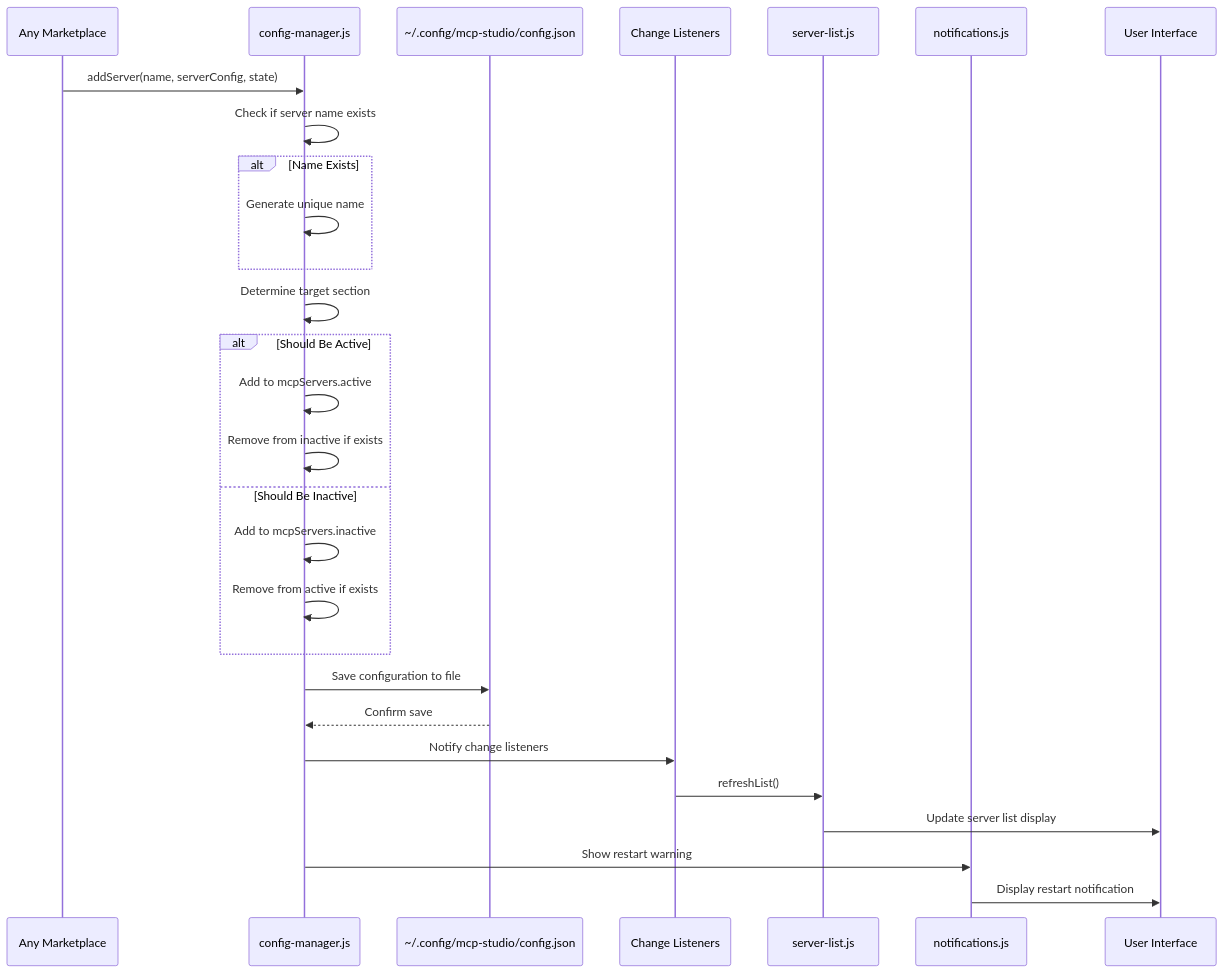
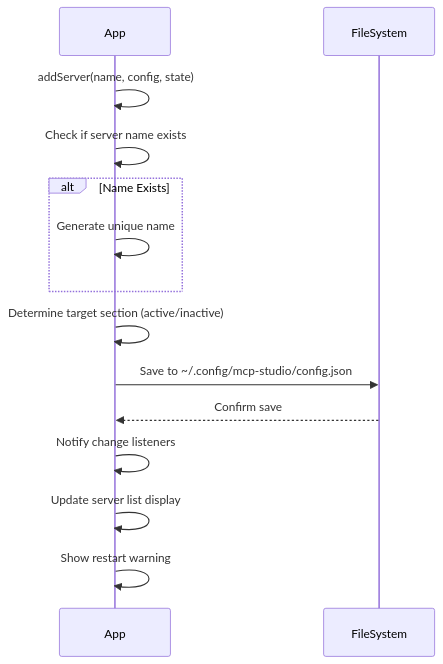
The fifth of 5 diagrams in marketplace-flows.md (amr-cloudforce/mcp-studio), drawn with Mermaid before and after one commit. The commit also changed other lines of this file, not shown here.

````diff
--- a/marketplace-flows.md
+++ b/marketplace-flows.md
@@ -793,33 +283,18 @@
 ```mermaid
 sequenceDiagram
-    participant Marketplace as Any Marketplace
-    participant Config as config-manager.js
-    participant FileSystem as ~/.config/mcp-studio/config.json
-    participant Listeners as Change Listeners
-    participant ServerList as server-list.js
-    participant Notifications as notifications.js
-    participant UI as User Interface
+    participant App
+    participant FileSystem
     
-    Marketplace->>Config: addServer(name, serverConfig, state)
-    Config->>Config: Check if server name exists
+    App->>App: addServer(name, config, state)
+    App->>App: Check if server name exists
     alt Name Exists
-        Config->>Config: Generate unique name
+        App->>App: Generate unique name
     end
     
-    Config->>Config: Determine target section
-    alt Should Be Active
-        Config->>Config: Add to mcpServers.active
-        Config->>Config: Remove from inactive if exists
-    else Should Be Inactive
-        Config->>Config: Add to mcpServers.inactive
-        Config->>Config: Remove from active if exists
-    end
-    
-    Config->>FileSystem: Save configuration to file
-    FileSystem-->>Config: Confirm save
-    Config->>Listeners: Notify change listeners
-    Listeners->>ServerList: refreshList()
-    ServerList->>UI: Update server list display
-    Config->>Notifications: Show restart warning
-    Notifications->>UI: Display restart notification
+    App->>App: Determine target section (active/inactive)
+    App->>FileSystem: Save to ~/.config/mcp-studio/config.json
+    FileSystem-->>App: Confirm save
+    App->>App: Notify change listeners
+    App->>App: Update server list display
+    App->>App: Show restart warning
 ```
````
